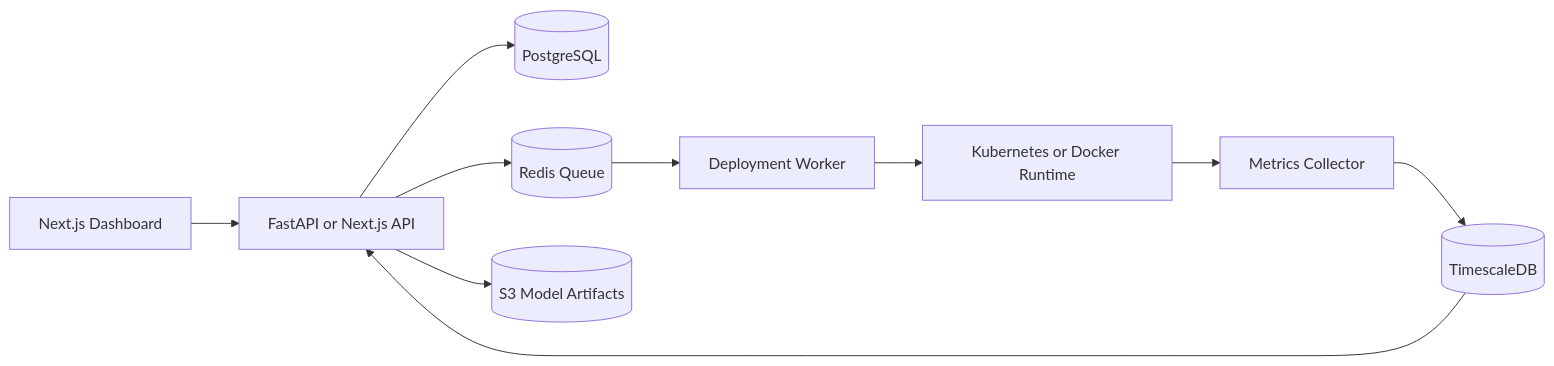
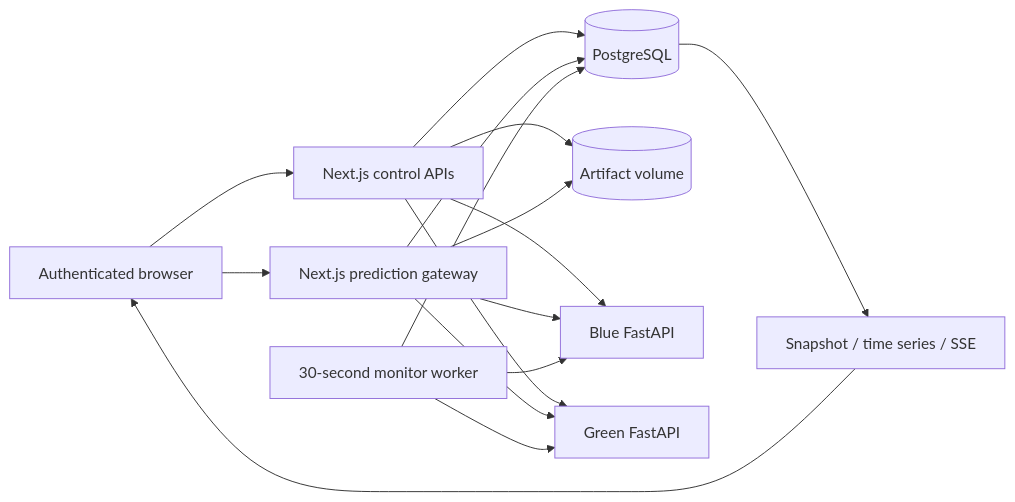
One commit to sniiitik/NeuralFlow changed the first of 2 diagrams in docs/architecture.md. Above: the diagram before and after it, drawn with Mermaid. The commit also changed other lines of this file and 138 other files, not shown here.

````diff
--- a/docs/architecture.md
+++ b/docs/architecture.md
@@ -27,12 +7,18 @@
 ```mermaid
 flowchart LR
-  UI[Next.js Dashboard] --> API[FastAPI or Next.js API]
-  API --> Postgres[(PostgreSQL)]
-  API --> Redis[(Redis Queue)]
-  API --> ObjectStore[(S3 Model Artifacts)]
-  Redis --> Worker[Deployment Worker]
-  Worker --> K8s[Kubernetes or Docker Runtime]
-  K8s --> Prometheus[Metrics Collector]
-  Prometheus --> Timescale[(TimescaleDB)]
-  Timescale --> API
+  U[Authenticated browser] --> C[Next.js control APIs]
+  U --> G[Next.js prediction gateway]
+  C --> P[(PostgreSQL)]
+  C --> A[(Artifact volume)]
+  C --> B[Blue FastAPI]
+  C --> R[Green FastAPI]
+  G --> P
+  G --> A
+  G --> B
+  G --> R
+  M[30-second monitor worker] --> B
+  M --> R
+  M --> P
+  P --> S[Snapshot / time series / SSE]
+  S --> U
 ```
````
